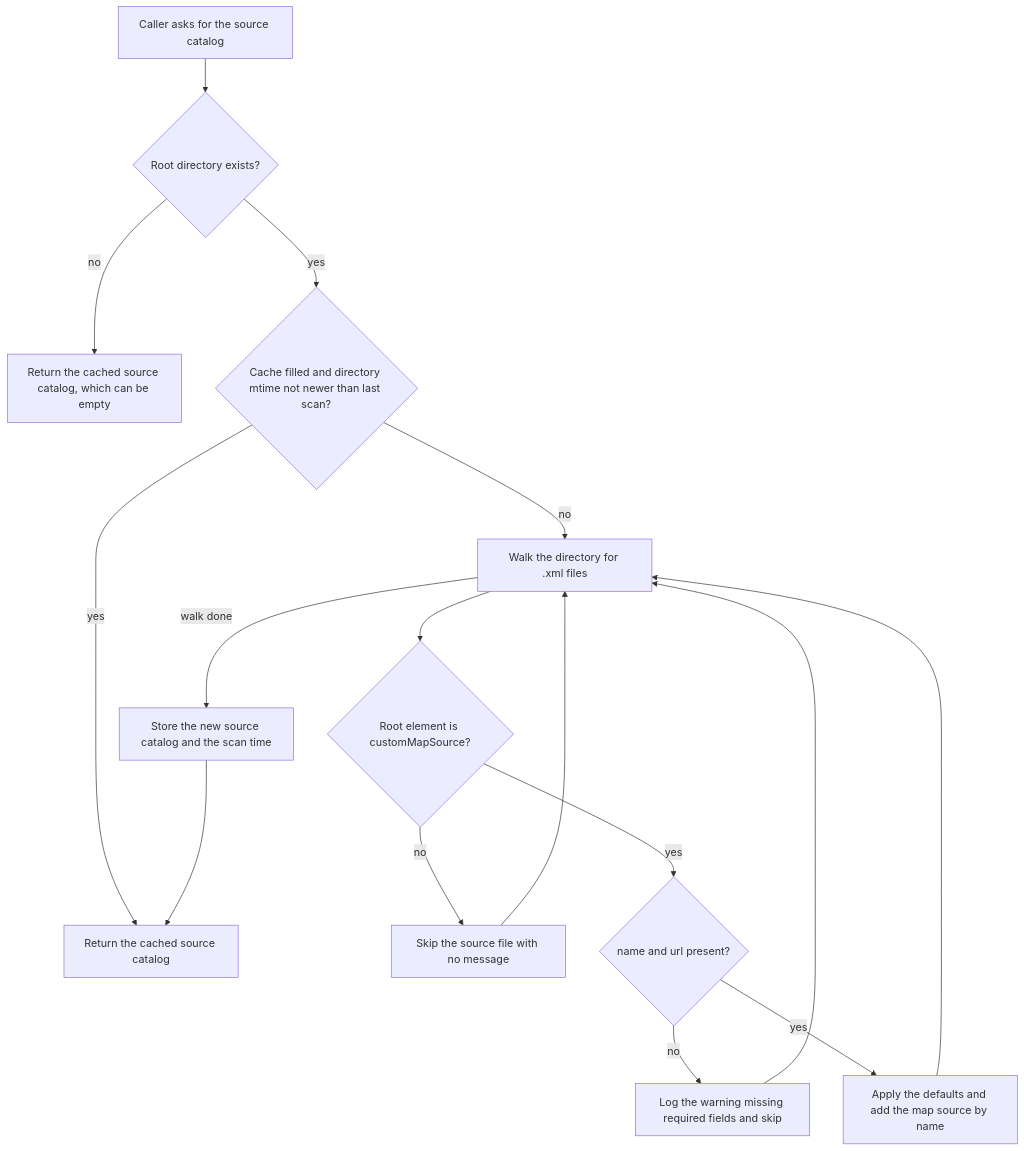
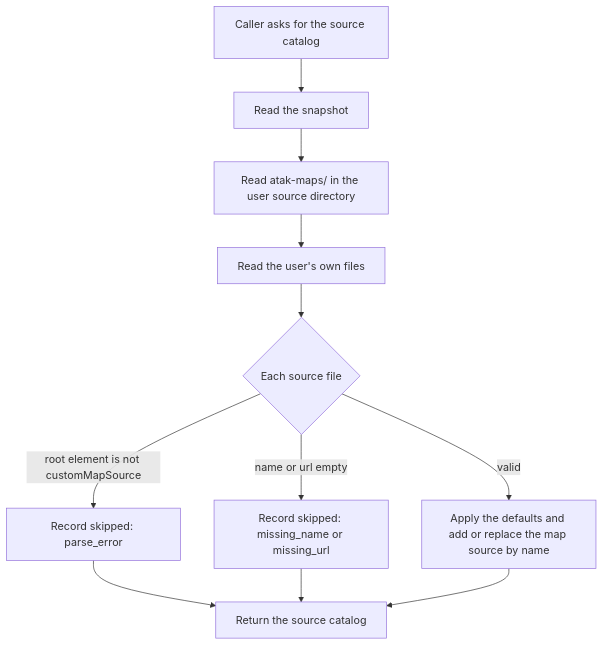
Before and after one commit to Crank-Git/ATAKMapDownloader: the first of 2 diagrams in docs/specs/features/01-map-sources.md, drawn with Mermaid. The commit also changed other lines of this file and 11 other files, not shown here.

First line of the commit message:
Record the epic #36 source layers and atak-maps/ in the spec

````diff
--- a/docs/specs/features/01-map-sources.md
+++ b/docs/specs/features/01-map-sources.md
@@ -75,18 +78,13 @@
 ```mermaid
 flowchart TD
-    A[Caller asks for the source catalog] --> B{Root directory exists?}
-    B -- no --> C[Return the cached source catalog, which can be empty]
-    B -- yes --> D{Cache filled and directory mtime not newer than last scan?}
-    D -- yes --> E[Return the cached source catalog]
-    D -- no --> F[Walk the directory for .xml files]
-    F --> G{Root element is customMapSource?}
-    G -- no --> H[Skip the source file with no message]
-    G -- yes --> I{name and url present?}
-    I -- no --> J[Log the warning missing required fields and skip]
-    I -- yes --> K[Apply the defaults and add the map source by name]
-    H --> F
-    J --> F
-    K --> F
-    F -- walk done --> L[Store the new source catalog and the scan time]
-    L --> E
+    A[Caller asks for the source catalog] --> B[Read the snapshot]
+    B --> C[Read atak-maps/ in the user source directory]
+    C --> D[Read the user's own files]
+    D --> E{Each source file}
+    E -- root element is not customMapSource --> F[Record skipped: parse_error]
+    E -- name or url empty --> G[Record skipped: missing_name or missing_url]
+    E -- valid --> H[Apply the defaults and add or replace the map source by name]
+    F --> I[Return the source catalog]
+    G --> I
+    H --> I
 ```
````
